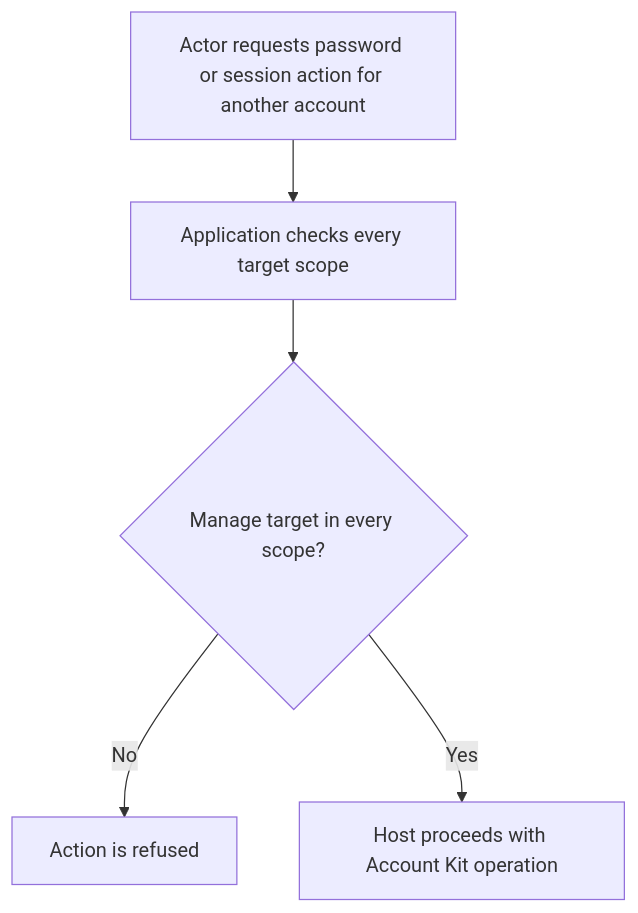
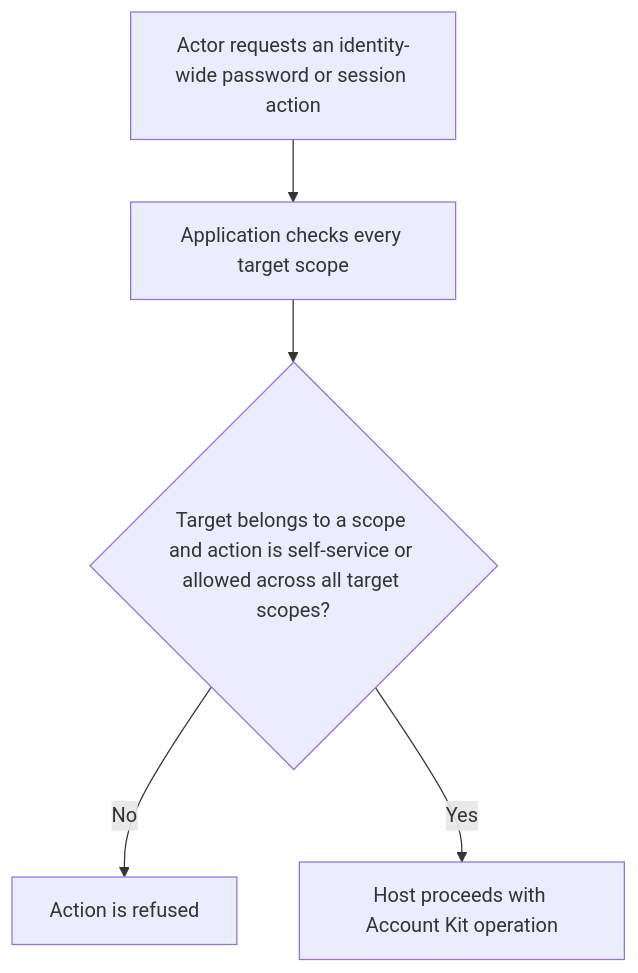
One commit to Kevinjohn/oss-adonisjs-access-control changed the first of 2 diagrams in user-stories/US-ACCESS-11-administer-account-identity.md. Above: the diagram before and after it, drawn with Mermaid. The commit also changed other lines of this file and 25 other files, not shown here.

````diff
--- a/user-stories/US-ACCESS-11-administer-account-identity.md
+++ b/user-stories/US-ACCESS-11-administer-account-identity.md
@@ -20,7 +20,7 @@
 ```mermaid
 flowchart TD
-    A["Actor requests password or session action for another account"] --> B["Application checks every target scope"]
-    B --> C{"Manage target in every scope?"}
+    A["Actor requests an identity-wide password or session action"] --> B["Application checks every target scope"]
+    B --> C{"Target belongs to a scope and action is self-service or allowed across all target scopes?"}
     C -->|No| D["Action is refused"]
     C -->|Yes| E["Host proceeds with Account Kit operation"]
 ```
````
